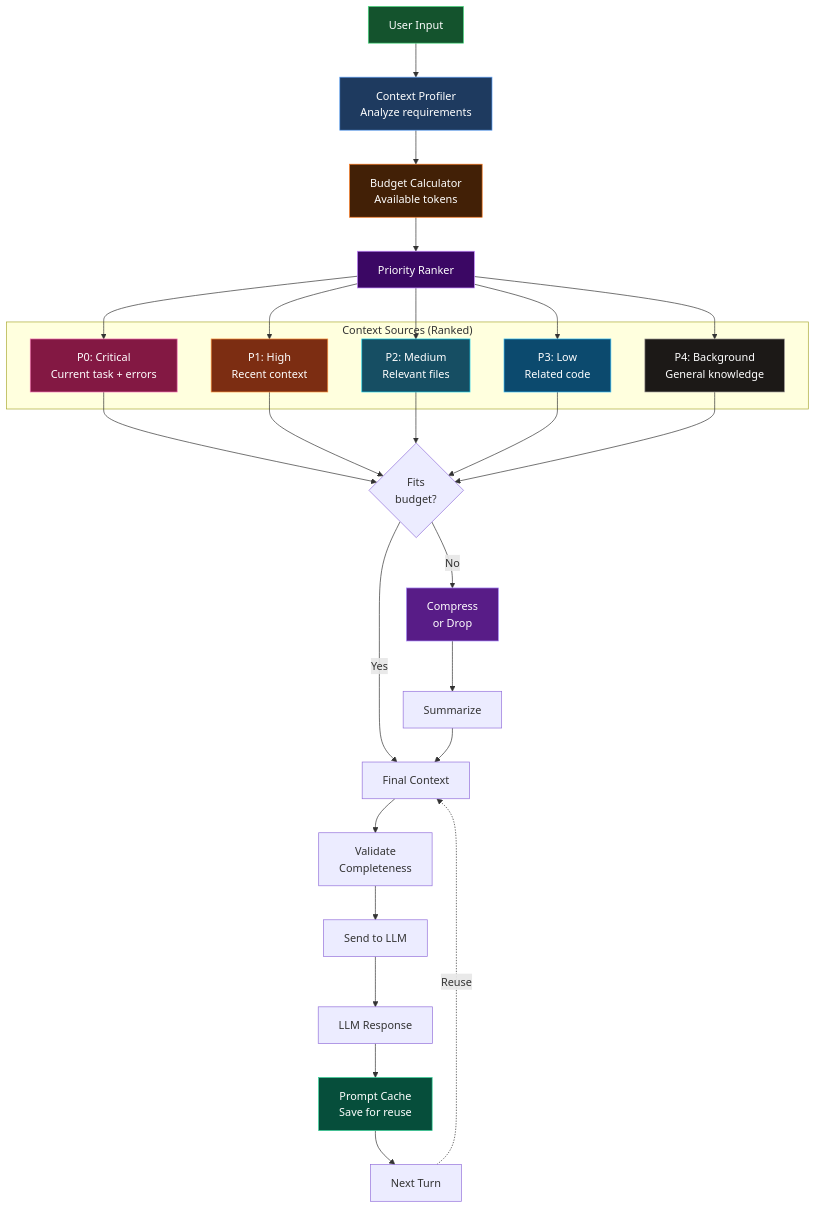
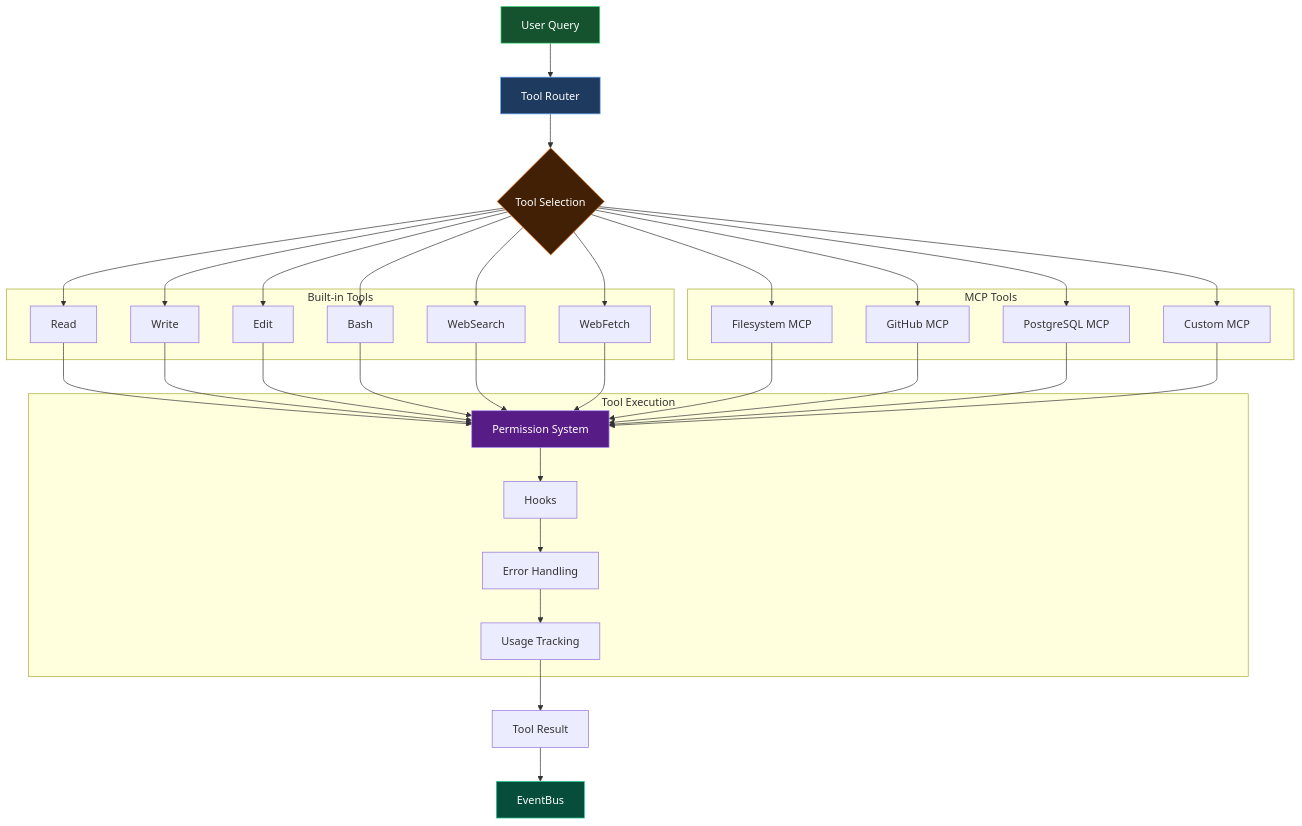
The ninth of 9 diagrams in docs/ARCHITECTURE_DIAGRAMS.md (ndqkhanh/lyra), drawn with Mermaid before and after one commit. The commit also changed other lines of this file, not shown here.

First line of the commit message:
docs: Update ARCHITECTURE_DIAGRAMS.md with all 5 completed plans

````diff
--- a/docs/ARCHITECTURE_DIAGRAMS.md
+++ b/docs/ARCHITECTURE_DIAGRAMS.md
@@ -408,51 +473,44 @@
 ```mermaid
 graph TB
-    INPUT[User Input] --> PROFILE[Context Profiler<br/>Analyze requirements]
-    
-    PROFILE --> BUDGET[Budget Calculator<br/>Available tokens]
-    
-    BUDGET --> PRIORITY[Priority Ranker]
-    
-    subgraph "Context Sources (Ranked)"
-        P0[P0: Critical<br/>Current task + errors]
-        P1[P1: High<br/>Recent context]
-        P2[P2: Medium<br/>Relevant files]
-        P3[P3: Low<br/>Related code]
-        P4[P4: Background<br/>General knowledge]
+    subgraph "Built-in Tools"
+        T1[Read]
+        T2[Write]
+        T3[Edit]
+        T4[Bash]
+        T5[WebSearch]
+        T6[WebFetch]
     end
     
-    PRIORITY --> P0 & P1 & P2 & P3 & P4
+    subgraph "MCP Tools"
+        M1[Filesystem MCP]
+        M2[GitHub MCP]
+        M3[PostgreSQL MCP]
+        M4[Custom MCP]
+    end
     
-    P0 --> INCLUDE{Fits<br/>budget?}
-    P1 --> INCLUDE
-    P2 --> INCLUDE
-    P3 --> INCLUDE
-    P4 --> INCLUDE
+    subgraph "Tool Execution"
+        E1[Permission System]
+        E2[Hooks]
+        E3[Error Handling]
+        E4[Usage Tracking]
+    end
     
-    INCLUDE -->|Yes| CONTEXT[Final Context]
-    INCLUDE -->|No| COMPRESS[Compress<br/>or Drop]
+    USER[User Query] --> ROUTER[Tool Router]
+    ROUTER --> SELECTOR{Tool Selection}
     
-    COMPRESS --> SUMMARY[Summarize]
-    SUMMARY --> CONTEXT
+    SELECTOR --> T1 & T2 & T3 & T4 & T5 & T6
+    SELECTOR --> M1 & M2 & M3 & M4
     
-    CONTEXT --> VALIDATE[Validate<br/>Completeness]
-    VALIDATE --> SEND[Send to LLM]
+    T1 & T2 & T3 & T4 & T5 & T6 --> E1
+    M1 & M2 & M3 & M4 --> E1
     
-    SEND --> RESPONSE[LLM Response]
-    RESPONSE --> CACHE[Prompt Cache<br/>Save for reuse]
+    E1 --> E2 --> E3 --> E4
+    E4 --> RESULT[Tool Result]
+    RESULT --> EVENTS[EventBus]
     
-    CACHE --> NEXT[Next Turn]
-    NEXT -.Reuse.-> CONTEXT
-    
-    style INPUT fill:#14532d,stroke:#4ade80,color:#fff
-    style PROFILE fill:#1e3a5f,stroke:#60a5fa,color:#fff
-    style BUDGET fill:#422006,stroke:#f97316,color:#fff
-    style PRIORITY fill:#3b0764,stroke:#c084fc,color:#fff
-    style P0 fill:#831843,stroke:#f472b6,color:#fff
-    style P1 fill:#7c2d12,stroke:#fb923c,color:#fff
-    style P2 fill:#164e63,stroke:#22d3ee,color:#fff
-    style P3 fill:#0c4a6e,stroke:#38bdf8,color:#fff
-    style P4 fill:#1c1917,stroke:#a8a29e,color:#fff
-    style COMPRESS fill:#581c87,stroke:#a78bfa,color:#fff
-    style CACHE fill:#064e3b,stroke:#34d399,color:#fff
+    style USER fill:#14532d,stroke:#4ade80,color:#fff
+    style ROUTER fill:#1e3a5f,stroke:#60a5fa,color:#fff
+    style SELECTOR fill:#422006,stroke:#f97316,color:#fff
+    style E1 fill:#581c87,stroke:#a78bfa,color:#fff
+    style EVENTS fill:#064e3b,stroke:#34d399,color:#fff
 ```
````
